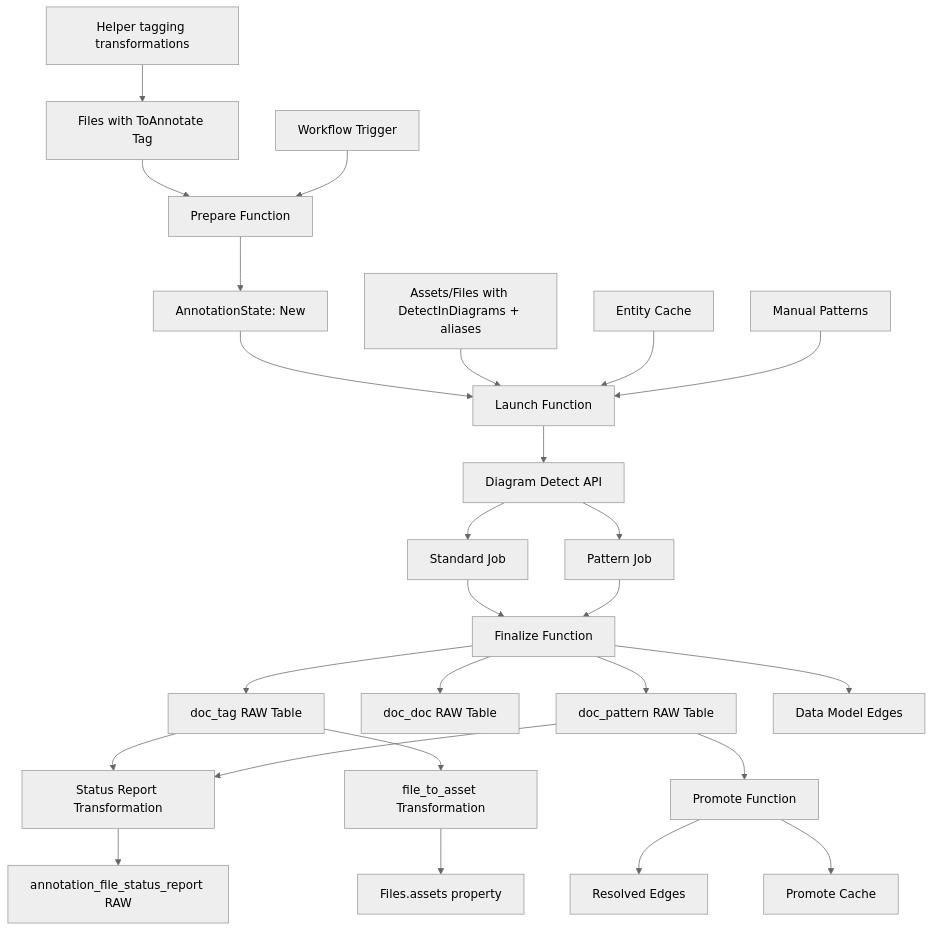
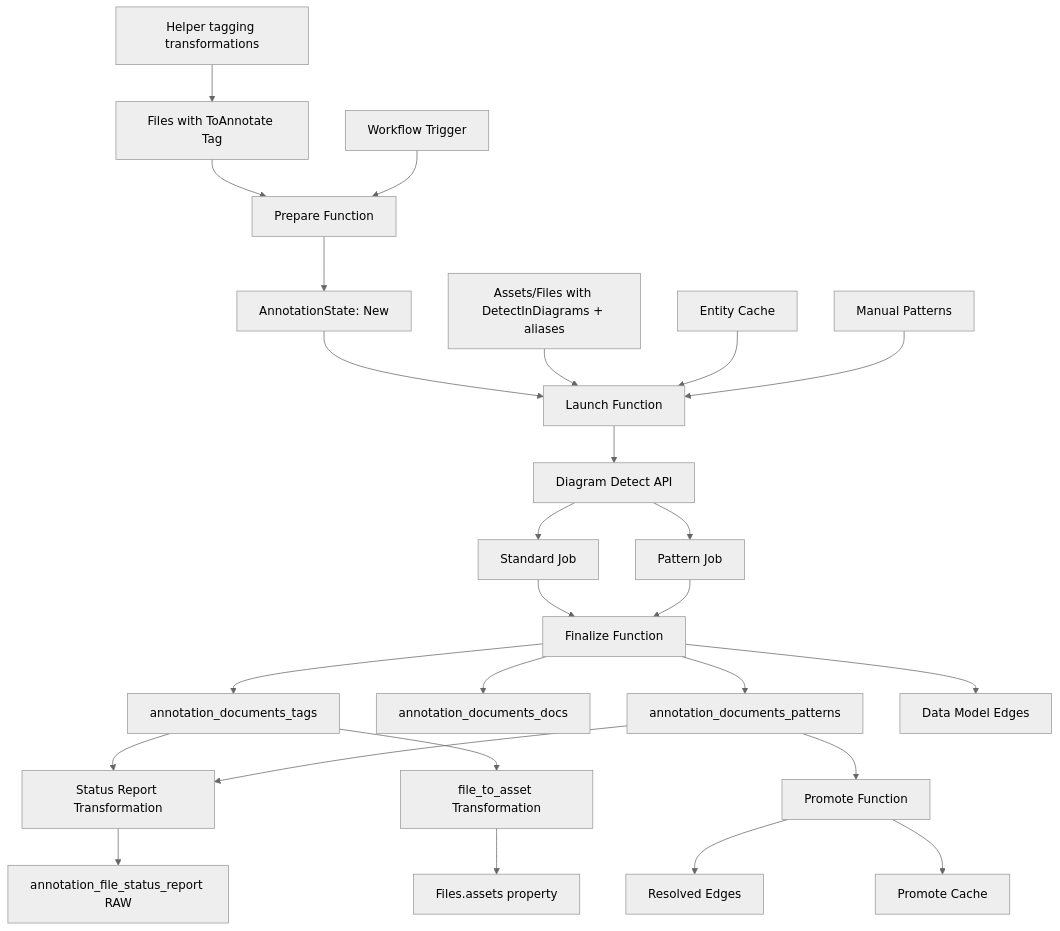
One commit to cognitedata/library changed the fifth of 5 diagrams in modules/contextualization/cdf_file_annotation/README.md. Above: the diagram before and after it, drawn with Mermaid (neutral theme). The commit also changed other lines of this file and 2 other files, not shown here.

First line of the commit message:
docs(file-annotation): guide for customizing fixed constants (#507)

````diff
--- a/modules/contextualization/cdf_file_annotation/README.md
+++ b/modules/contextualization/cdf_file_annotation/README.md
@@ -925,36 +941,36 @@
 ```mermaid
 graph TD
     H[Helper tagging transformations] --> A
     A[Files with ToAnnotate Tag] --> B[Prepare Function]
     B --> C[AnnotationState: New]
     C --> D[Launch Function]
 
     I[Assets/Files with DetectInDiagrams + aliases] --> D
     E[Entity Cache] --> D
     F[Manual Patterns] --> D
 
     D --> G[Diagram Detect API]
     G --> H2[Standard Job]
     G --> I2[Pattern Job]
 
     H2 --> J[Finalize Function]
     I2 --> J
 
-    J --> K[doc_tag RAW Table]
-    J --> L[doc_doc RAW Table]
-    J --> M[doc_pattern RAW Table]
+    J --> K[annotation_documents_tags]
+    J --> L[annotation_documents_docs]
+    J --> M[annotation_documents_patterns]
     J --> N[Data Model Edges]
 
     M --> O[Promote Function]
     O --> P[Resolved Edges]
     O --> Q[Promote Cache]
 
     K --> R[Status Report Transformation]
     M --> R
     R --> S[annotation_file_status_report RAW]
 
     K --> T[file_to_asset Transformation]
     T --> U[Files.assets property]
 
     V[Workflow Trigger] --> B
 ```
````
